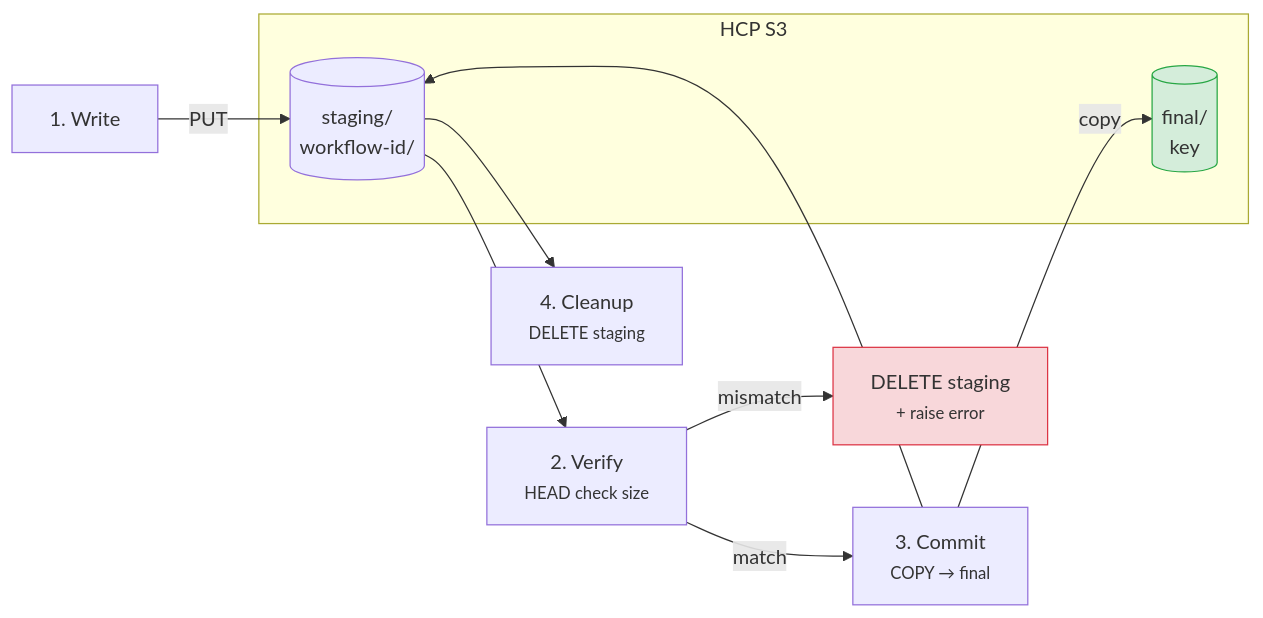
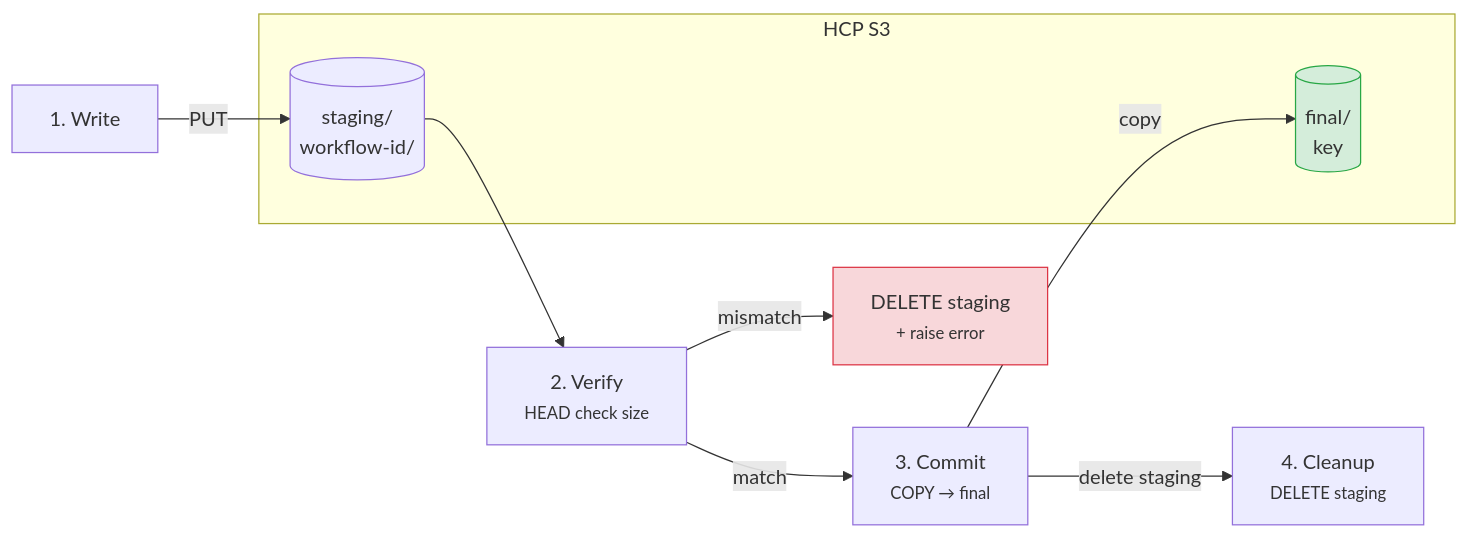
One commit to AI-Riksarkivet/ra-hcp changed the sixth of 6 diagrams in docs/api/error-handling.md. Above: the diagram before and after it, drawn with Mermaid. The commit also changed other lines of this file and 2 other files, not shown here.

First line of the commit message:
fix(docs): correct API paths, improve clarity, and fix diagram errors

````diff
--- a/docs/api/error-handling.md
+++ b/docs/api/error-handling.md
@@ -630,18 +630,17 @@
 ```mermaid
 graph LR
     subgraph S3["HCP S3"]
         STG[("staging/<br/>workflow-id/")]
         FINAL[("final/<br/>key")]
     end
 
     W["1. Write"] -->|PUT| STG
     STG --> V["2. Verify<br/><small>HEAD check size</small>"]
     V -->|match| C["3. Commit<br/><small>COPY → final</small>"]
-    C --> STG
     C -->|copy| FINAL
-    STG --> CL["4. Cleanup<br/><small>DELETE staging</small>"]
+    C -->|delete staging| CL["4. Cleanup<br/><small>DELETE staging</small>"]
     V -->|mismatch| DEL["DELETE staging<br/><small>+ raise error</small>"]
 
     style FINAL fill:#d4edda,stroke:#28a745
     style DEL fill:#f8d7da,stroke:#dc3545
 ```
````
